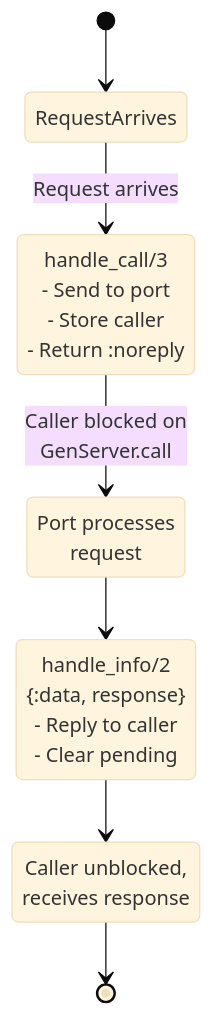
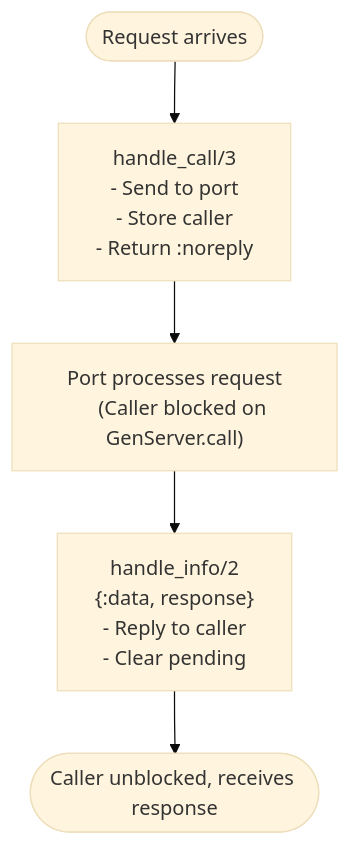
Before and after one commit to dcoai/nftables_port: the fourth of 7 diagrams in dev_docs/architecture.md, drawn with Mermaid (base theme). The commit also changed 3 other files, not shown here.

````diff
--- a/dev_docs/architecture.md
+++ b/dev_docs/architecture.md
@@ -351,13 +351,17 @@
 ```mermaid
-stateDiagram-v2
-    [*] --> RequestArrives
-    RequestArrives --> HandleCall: Request arrives
-    HandleCall: handle_call/3<br/>- Send to port<br/>- Store caller<br/>- Return :noreply
-    HandleCall --> PortProcessing: Caller blocked on<br/>GenServer.call
-    PortProcessing: Port processes<br/>request
-    PortProcessing --> HandleInfo
-    HandleInfo: handle_info/2<br/>{:data, response}<br/>- Reply to caller<br/>- Clear pending
-    HandleInfo --> CallerUnblocked
-    CallerUnblocked: Caller unblocked,<br/>receives response
-    CallerUnblocked --> [*]
+flowchart TD
+    Start([Request arrives])
+    HandleCall["handle_call/3
+    - Send to port
+    - Store caller
+    - Return :noreply"]
+    Processing["Port processes request
+    (Caller blocked on GenServer.call)"]
+    HandleInfo["handle_info/2
+    {:data, response}
+    - Reply to caller
+    - Clear pending"]
+    Done([Caller unblocked, receives response])
+
+    Start --> HandleCall --> Processing --> HandleInfo --> Done
 ```
````
